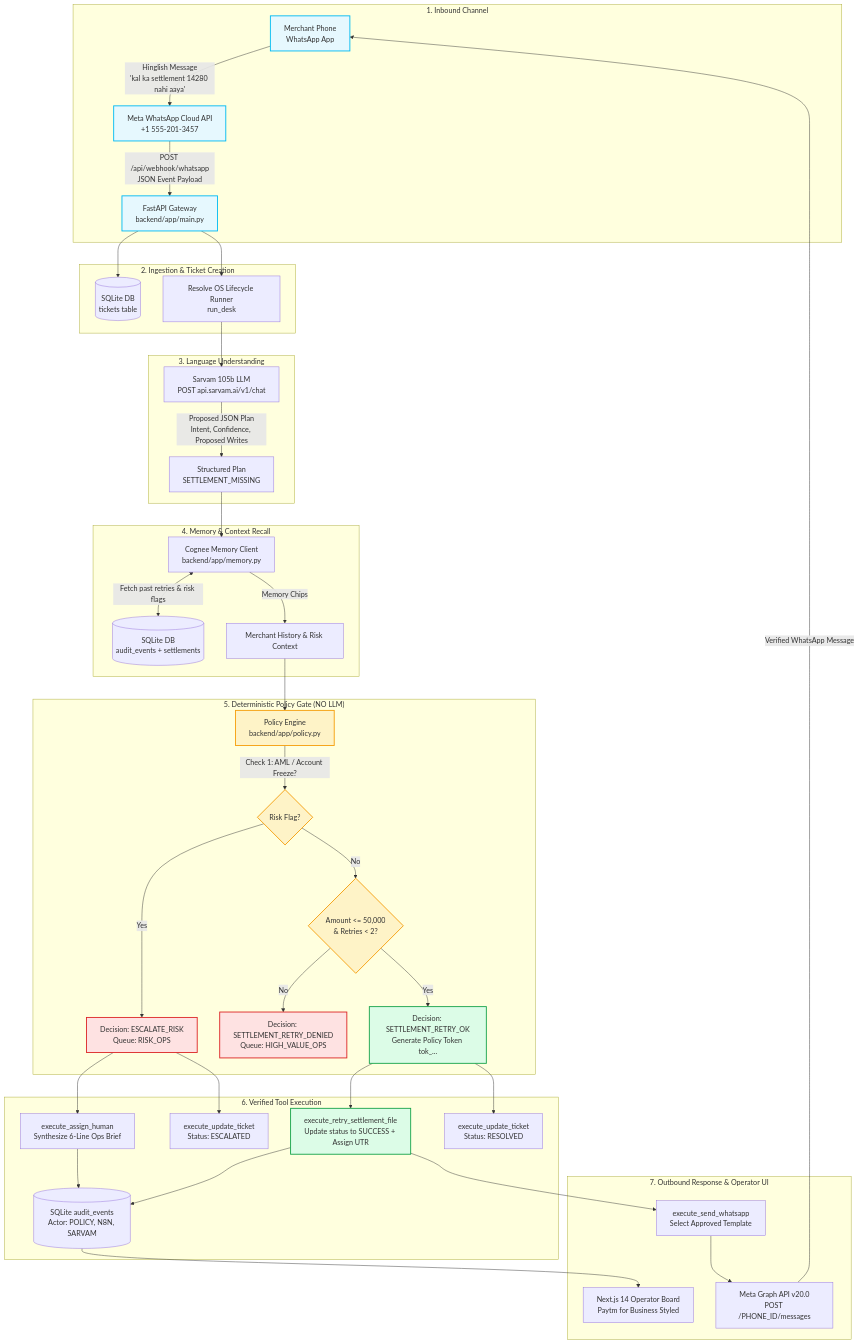
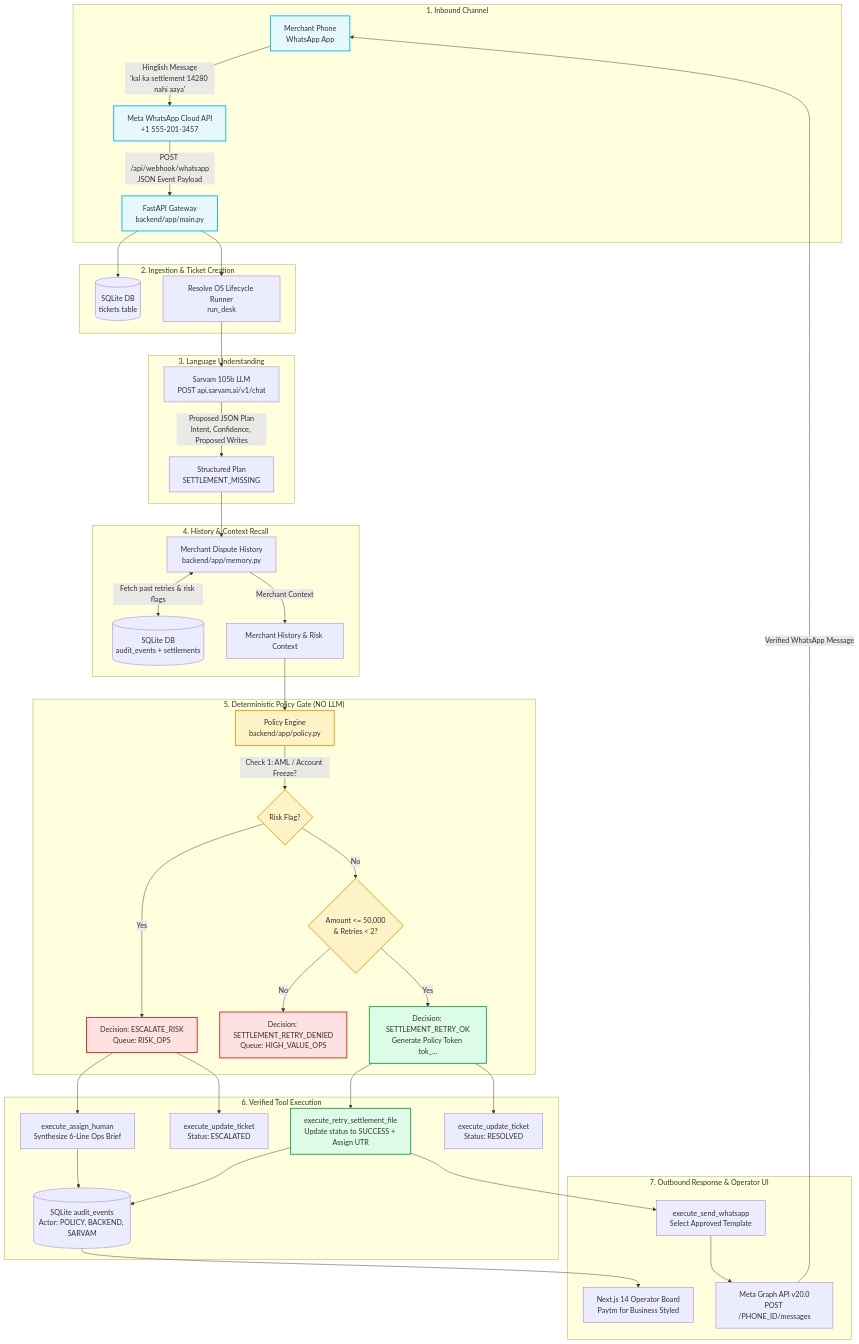
One commit to sparsh101sparsh/paytm-desk changed the diagram in README.md. Above: the diagram before and after it, drawn with Mermaid. The commit also changed other lines of this file, not shown here.

Commit message:
docs: remove references to n8n and Cognee, align README with 100% genuine live stack

````diff
--- a/README.md
+++ b/README.md
@@ -51,58 +51,58 @@
 ```mermaid
 flowchart TD
     subgraph INBOUND ["1. Inbound Channel"]
         M[Merchant Phone\nWhatsApp App] -->|Hinglish Message\n'kal ka settlement 14280 nahi aaya'| WA_META[Meta WhatsApp Cloud API\n+1 555-201-3457]
         WA_META -->|POST /api/webhook/whatsapp\nJSON Event Payload| GW[FastAPI Gateway\nbackend/app/main.py]
     end
 
     subgraph INGEST ["2. Ingestion & Ticket Creation"]
         GW --> DB_TICKETS[(SQLite DB\ntickets table)]
         GW --> DISPATCH[Resolve OS Lifecycle Runner\nrun_desk]
     end
 
     subgraph STAGE1 ["3. Language Understanding"]
         DISPATCH --> SARVAM[Sarvam 105b LLM\nPOST api.sarvam.ai/v1/chat]
         SARVAM -->|Proposed JSON Plan\nIntent, Confidence, Proposed Writes| PLAN_OUT[Structured Plan\nSETTLEMENT_MISSING]
     end
 
-    subgraph STAGE2 ["4. Memory & Context Recall"]
-        PLAN_OUT --> COGNEE[Cognee Memory Client\nbackend/app/memory.py]
-        COGNEE <-->|Fetch past retries & risk flags| DB_AUDIT[(SQLite DB\naudit_events + settlements)]
-        COGNEE -->|Memory Chips| CONTEXT[Merchant History & Risk Context]
+    subgraph STAGE2 ["4. History & Context Recall"]
+        PLAN_OUT --> HISTORY[Merchant Dispute History\nbackend/app/memory.py]
+        HISTORY <-->|Fetch past retries & risk flags| DB_AUDIT[(SQLite DB\naudit_events + settlements)]
+        HISTORY -->|Merchant Context| CONTEXT[Merchant History & Risk Context]
     end
 
     subgraph STAGE3 ["5. Deterministic Policy Gate (NO LLM)"]
         CONTEXT --> POLICY[Policy Engine\nbackend/app/policy.py]
         POLICY -->|Check 1: AML / Account Freeze?| CHK_FREEZE{Risk Flag?}
         CHK_FREEZE -->|Yes| ESC_RISK[Decision: ESCALATE_RISK\nQueue: RISK_OPS]
         CHK_FREEZE -->|No| CHK_AMT{Amount <= 50,000\n& Retries < 2?}
         CHK_AMT -->|No| ESC_AMT[Decision: SETTLEMENT_RETRY_DENIED\nQueue: HIGH_VALUE_OPS]
         CHK_AMT -->|Yes| ALLOW_RETRY[Decision: SETTLEMENT_RETRY_OK\nGenerate Policy Token tok_...]
     end
 
     subgraph STAGE4 ["6. Verified Tool Execution"]
         ALLOW_RETRY --> T_RETRY[execute_retry_settlement_file\nUpdate status to SUCCESS + Assign UTR]
         ALLOW_RETRY --> T_TICKET[execute_update_ticket\nStatus: RESOLVED]
         ESC_RISK --> T_BRIEF[execute_assign_human\nSynthesize 6-Line Ops Brief]
         ESC_RISK --> T_TICKET_ESC[execute_update_ticket\nStatus: ESCALATED]
-        T_RETRY --> AUDIT_LOG[(SQLite audit_events\nActor: POLICY, N8N, SARVAM)]
+        T_RETRY --> AUDIT_LOG[(SQLite audit_events\nActor: POLICY, BACKEND, SARVAM)]
         T_BRIEF --> AUDIT_LOG
     end
 
     subgraph OUTBOUND ["7. Outbound Response & Operator UI"]
         T_RETRY --> T_WA[execute_send_whatsapp\nSelect Approved Template]
         T_WA --> META_GRAPH[Meta Graph API v20.0\nPOST /PHONE_ID/messages]
         META_GRAPH -->|Verified WhatsApp Message| M
         AUDIT_LOG --> UI[Next.js 14 Operator Board\nPaytm for Business Styled]
     end
 
     classDef inbound fill:#E6F8FE,stroke:#00BAF2,stroke-width:2px;
     classDef gate fill:#FEF3C7,stroke:#F59E0B,stroke-width:2px;
     classDef safe fill:#DCFCE7,stroke:#16A34A,stroke-width:2px;
     classDef danger fill:#FEE2E2,stroke:#DC2626,stroke-width:2px;
 
     class M,WA_META,GW inbound;
     class POLICY,CHK_FREEZE,CHK_AMT gate;
     class ALLOW_RETRY,T_RETRY safe;
     class ESC_RISK,ESC_AMT danger;
 ```
````
